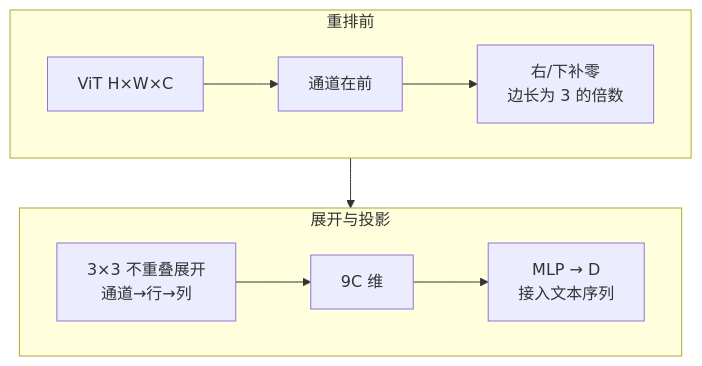
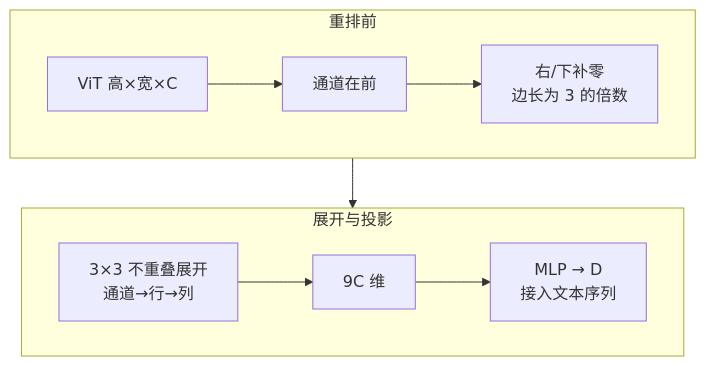
One commit to cluster1900/zero2llm changed the second of 2 diagrams in chapters/09_modern_llms.md. Above: the diagram before and after it, drawn with Mermaid. The commit also changed other lines of this file and 4 other files, not shown here.

First line of the commit message:
D8: address review blockers (diagram blocks + lead-ins only)

````diff
--- a/chapters/09_modern_llms.md
+++ b/chapters/09_modern_llms.md
@@ -166,17 +167,17 @@
 ```mermaid
 flowchart TD
     %% id: p26-vision-pack
     accTitle: 视觉特征补零并 3×3 展开后，再投到文本宽度 D
     accDescr: ViT 特征网格高×宽×C 先转成通道在前，右侧与下方补零到 3 的倍数，再 3×3 不重叠展开（块内顺序：通道、行、列）得到 9C 维，经 MLP 投到 D 后接入文本 token 序列。
     subgraph Prep["重排前"]
       direction LR
-      A["ViT H×W×C"] --> B["通道在前"]
+      A["ViT 高×宽×C"] --> B["通道在前"]
       B --> C["右/下补零<br/>边长为 3 的倍数"]
     end
     subgraph Pack["展开与投影"]
       direction LR
       D["3×3 不重叠展开<br/>通道→行→列"] --> E["9C 维"]
       E --> F["MLP → D<br/>接入文本序列"]
     end
     Prep --> Pack
 ```
````
